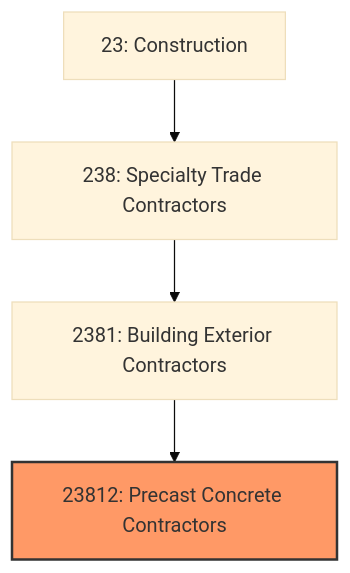
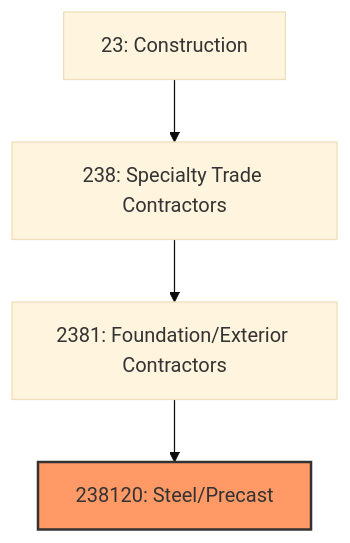
One commit to kziemski/business.org.ai changed the first of 3 diagrams in industries/Construction/SpecialtyTradeContractors/BuildingExteriorContractors/PrecastConcreteContractors.mdx. Above: the diagram before and after it, drawn with Mermaid (base theme). The commit also changed other lines of this file and 20 other files, not shown here.

````diff
--- a/industries/Construction/SpecialtyTradeContractors/BuildingExteriorContractors/PrecastConcreteContractors.mdx
+++ b/industries/Construction/SpecialtyTradeContractors/BuildingExteriorContractors/PrecastConcreteContractors.mdx
@@ -20,8 +36,8 @@
 ```mermaid
 graph TD
     S23["23: Construction"]
     S23 --> N238["238: Specialty Trade Contractors"]
-    N238 --> N2381["2381: Building Exterior Contractors"]
-    N2381 --> N23812["23812: Precast Concrete Contractors"]
-    style N23812 fill:#f96,stroke:#333,stroke-width:2px
+    N238 --> N2381["2381: Foundation/Exterior Contractors"]
+    N2381 --> N238120["238120: Steel/Precast"]
+    style N238120 fill:#f96,stroke:#333,stroke-width:2px
 ```
````
